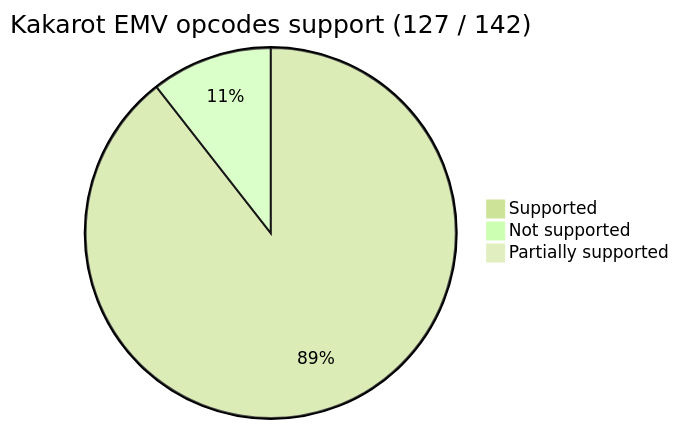
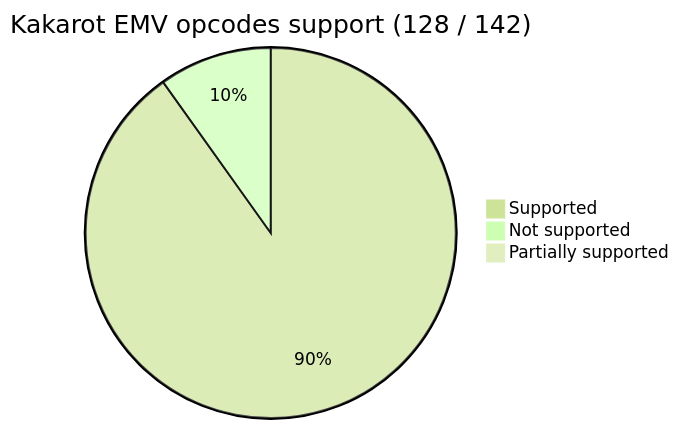
The first of 2 diagrams in README.md (kkrt-labs/kakarot), drawn with Mermaid before and after one commit. The commit also changed 6 other files, not shown here.

````diff
--- a/README.md
+++ b/README.md
@@ -38,9 +38,8 @@
 ```mermaid
 %%{init: {'theme': 'forest', 'themeVariables': { 'darkMode': 'false'}}}%%
 
-pie title Kakarot EMV opcodes support (127 / 142)
-    "Supported" : 127
-    "Not supported" : 15
-
+pie title Kakarot EMV opcodes support (128 / 142)
+    "Supported" : 128
+    "Not supported" : 14
     "Partially supported" : 0
 ```
````
